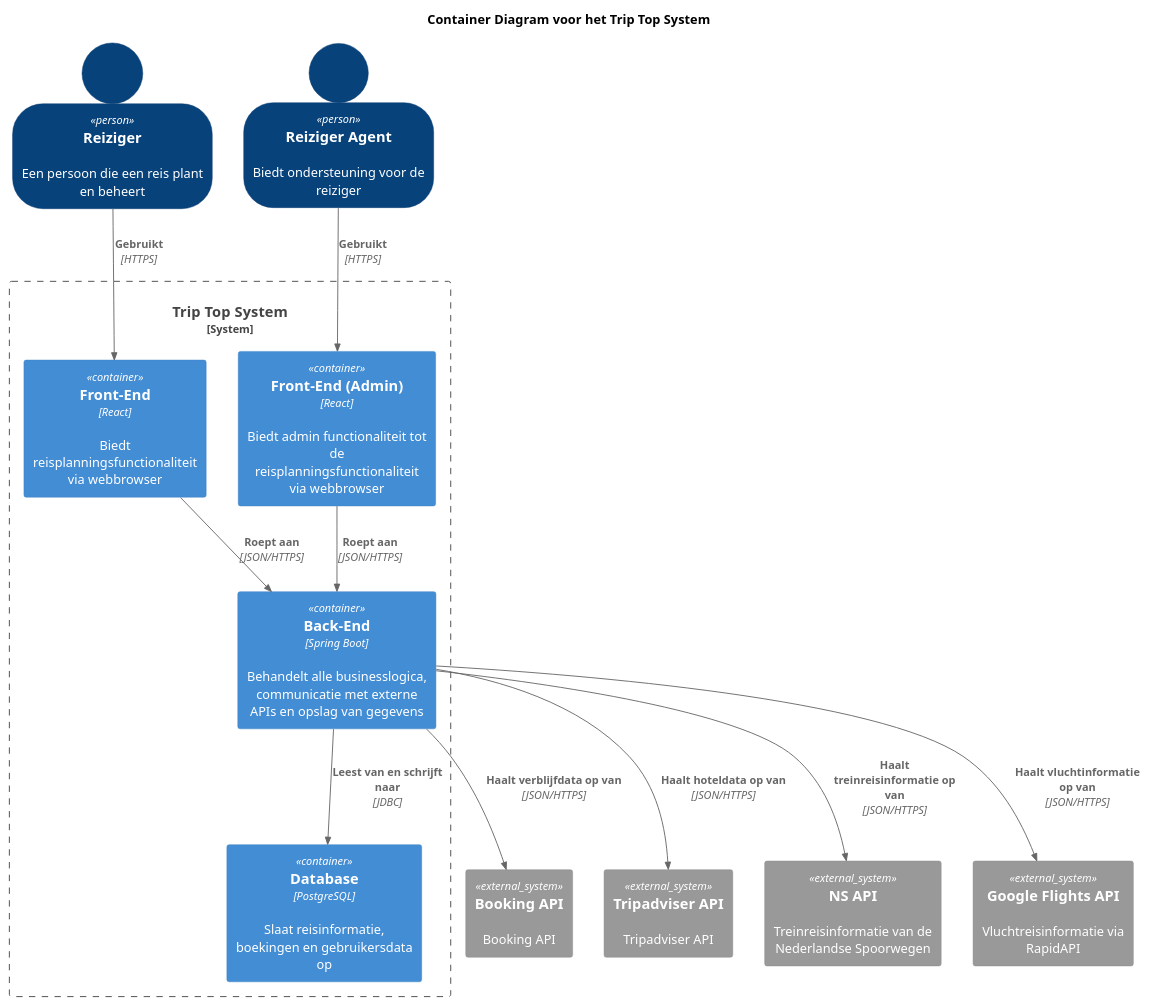
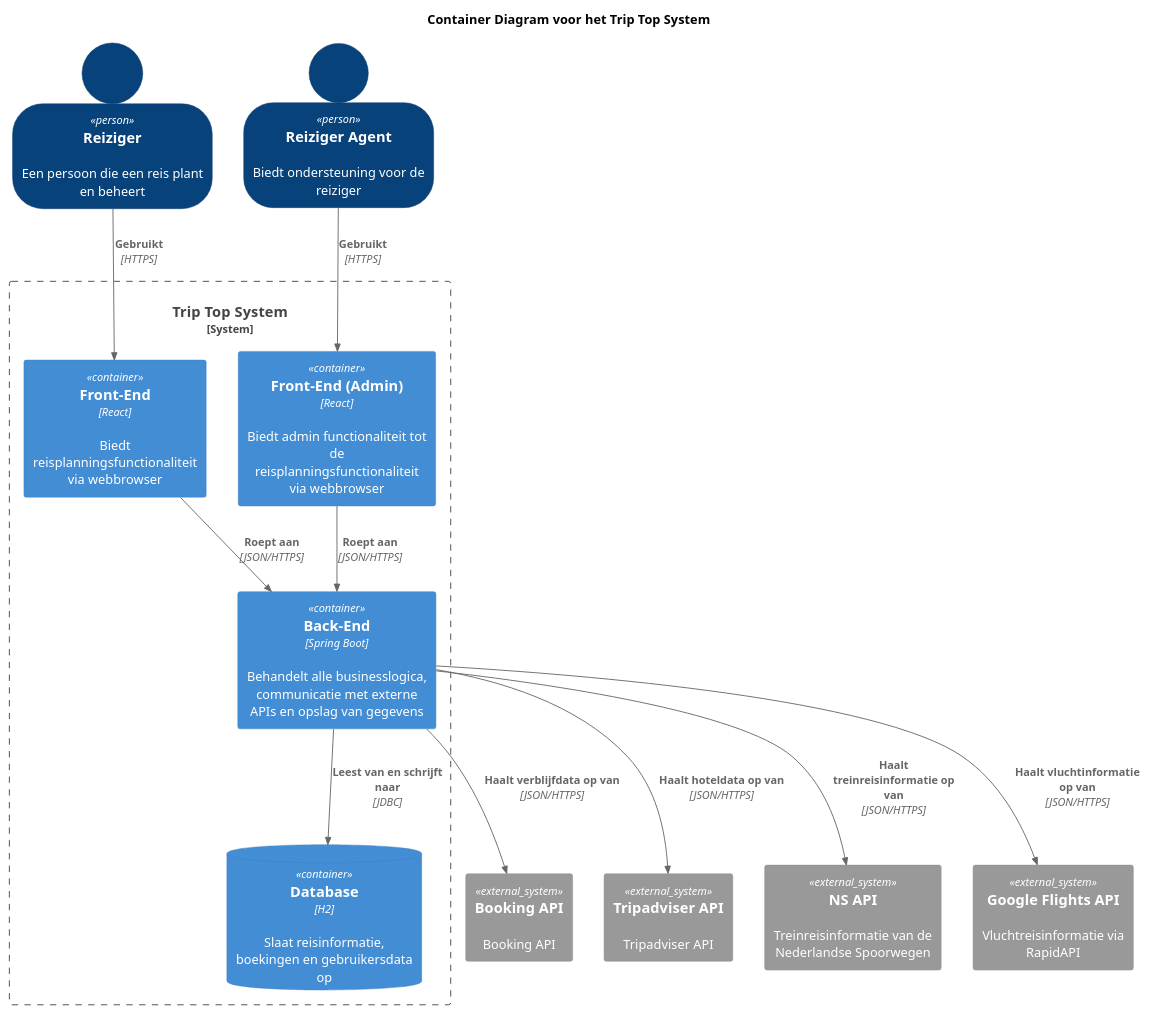
Before and after one commit to AIM-ENE-feb25/triptop-sqr-tech: the diagram in Diagrammen/SamenGevoegdeContainerDiagram.puml, drawn with PlantUML. The commit also changed 33 other files, not shown here.

Commit message:
TODO individiueel en kijken of we nog een dynamishce container/component diagram maken

```diff
--- a/Diagrammen/SamenGevoegdeContainerDiagram.puml
+++ b/Diagrammen/SamenGevoegdeContainerDiagram.puml
@@ -1,46 +1,41 @@
 @startuml
 !include https://raw.githubusercontent.com/plantuml-stdlib/C4-PlantUML/master/C4_Container.puml
 SHOW_PERSON_OUTLINE()
 
 title Container Diagram voor het Trip Top System
 
 Person(reiziger, "Reiziger", "Een persoon die een reis plant en beheert")
 Person(reizigerA, "Reiziger Agent", "Biedt ondersteuning voor de reiziger")
 
 System_Boundary(tts, "Trip Top System") {
     Container(fe, "Front-End", "React", "Biedt reisplanningsfunctionaliteit via webbrowser")
     Container(fea, "Front-End (Admin)", "React", "Biedt admin functionaliteit tot de reisplanningsfunctionaliteit via webbrowser")
 
     Container(be, "Back-End", "Spring Boot", "Behandelt alle businesslogica, communicatie met externe APIs en opslag van gegevens")
 
-    Container(db, "Database", "PostgreSQL", "Slaat reisinformatie, boekingen en gebruikersdata op")
+    ContainerDb(db, "Database", "H2", "Slaat reisinformatie, boekingen en gebruikersdata op")
 }
 
-' === Externe systemen ===
 System_Ext(bapi, "Booking API", "Booking API ")
 System_Ext(trapi, "Tripadviser API", "Tripadviser API")
 
 System_Ext(nsapi, "NS API", "Treinreisinformatie van de Nederlandse Spoorwegen")
 System_Ext(googleflightsapi, "Google Flights API", "Vluchtreisinformatie via RapidAPI")
 
-' === Gebruiker interacties ===
 Rel(reiziger, fe, "Gebruikt", "HTTPS")
 Rel(reizigerA, fea, "Gebruikt", "HTTPS")
 
-' === Front-end naar back-end ===
 Rel(fe, be, "Roept aan", "JSON/HTTPS")
 Rel(fea, be, "Roept aan", "JSON/HTTPS")
 
-' === Back-end naar database ===
 Rel(be, db, "Leest van en schrijft naar", "JDBC")
 
-' === Back-end naar externe systemen ===
 Rel(be, trapi, "Haalt hoteldata op van", "JSON/HTTPS")
 Rel(be, bapi, "Haalt verblijfdata op van", "JSON/HTTPS")
 Rel(be, nsapi, "Haalt treinreisinformatie op van", "JSON/HTTPS")
 Rel(be, googleflightsapi, "Haalt vluchtinformatie op van", "JSON/HTTPS")
 
 
 
 
 @enduml
```
